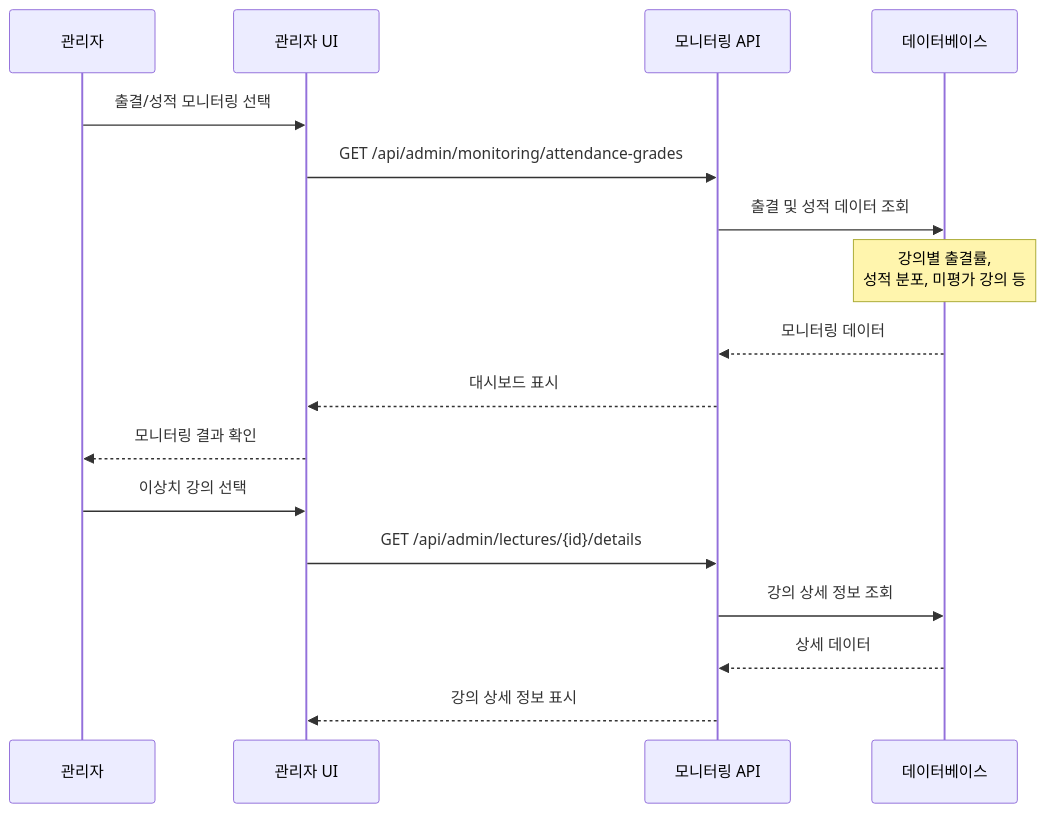
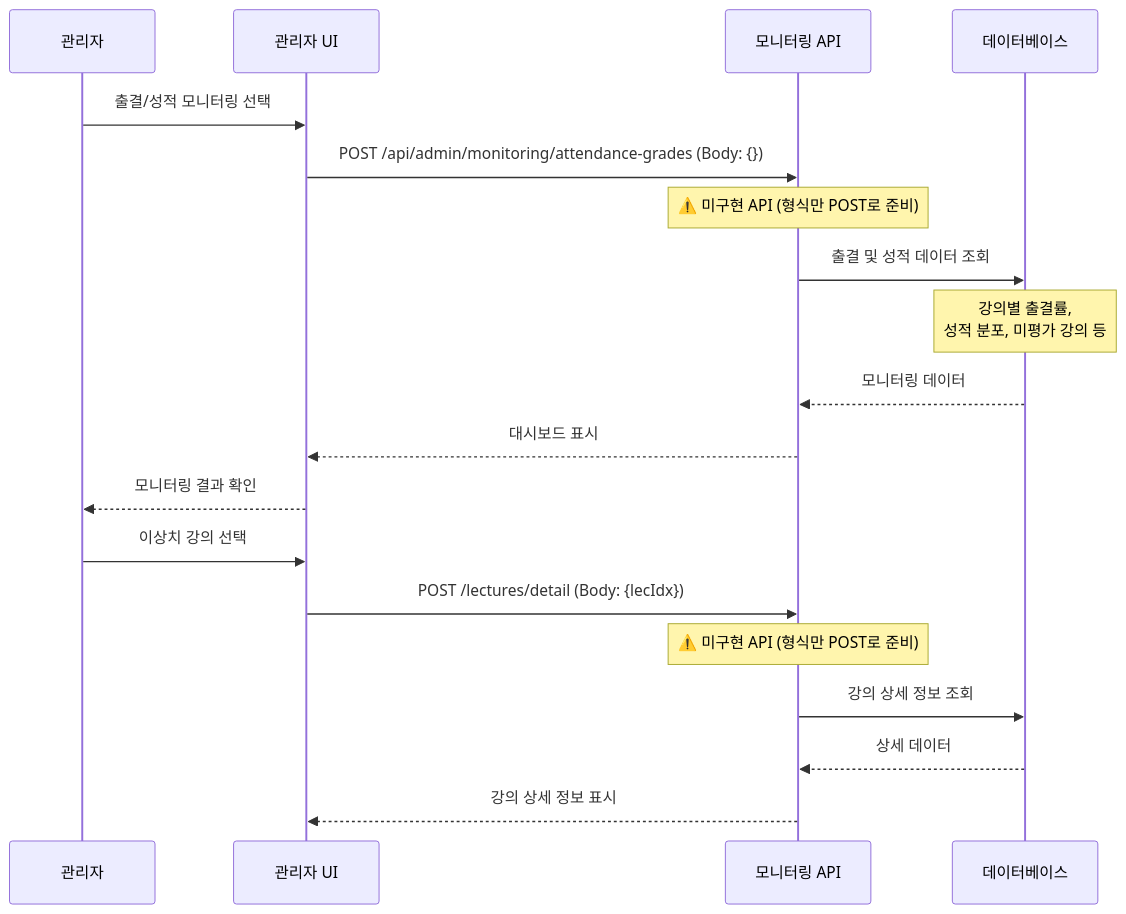
The eighth of 8 diagrams in backend/BlueCrab/docs/강의관련기능/04-관리자플로우.md (hooting76/blue-crab-lms), drawn with Mermaid before and after one commit. The commit also changed other lines of this file and 19 other files, not shown here.

````diff
--- a/backend/BlueCrab/docs/강의관련기능/04-관리자플로우.md
+++ b/backend/BlueCrab/docs/강의관련기능/04-관리자플로우.md
@@ -320,22 +329,24 @@
 ```mermaid
 sequenceDiagram
     participant Admin as 관리자
     participant UI as 관리자 UI
     participant API as 모니터링 API
     participant DB as 데이터베이스
 
     Admin->>UI: 출결/성적 모니터링 선택
-    UI->>API: GET /api/admin/monitoring/attendance-grades
+    UI->>API: POST /api/admin/monitoring/attendance-grades (Body: {})
+    Note over API: ⚠️ 미구현 API (형식만 POST로 준비)
     API->>DB: 출결 및 성적 데이터 조회
     Note over DB: 강의별 출결률,<br/>성적 분포, 미평가 강의 등
 
     DB-->>API: 모니터링 데이터
     API-->>UI: 대시보드 표시
     UI-->>Admin: 모니터링 결과 확인
 
     Admin->>UI: 이상치 강의 선택
-    UI->>API: GET /api/admin/lectures/{id}/details
+    UI->>API: POST /lectures/detail (Body: {lecIdx})
+    Note over API: ⚠️ 미구현 API (형식만 POST로 준비)
     API->>DB: 강의 상세 정보 조회
     DB-->>API: 상세 데이터
     API-->>UI: 강의 상세 정보 표시
 ```
````
